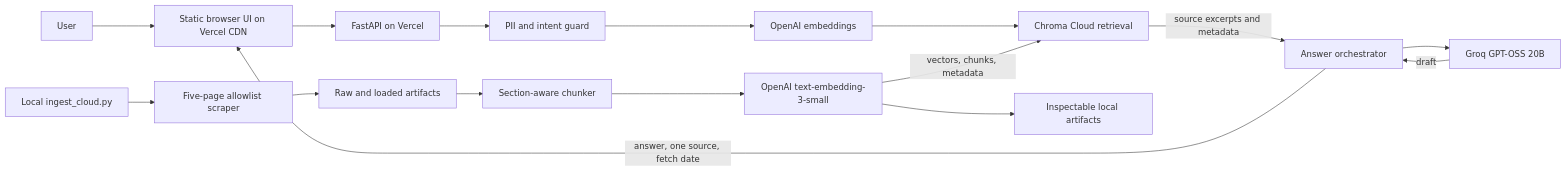
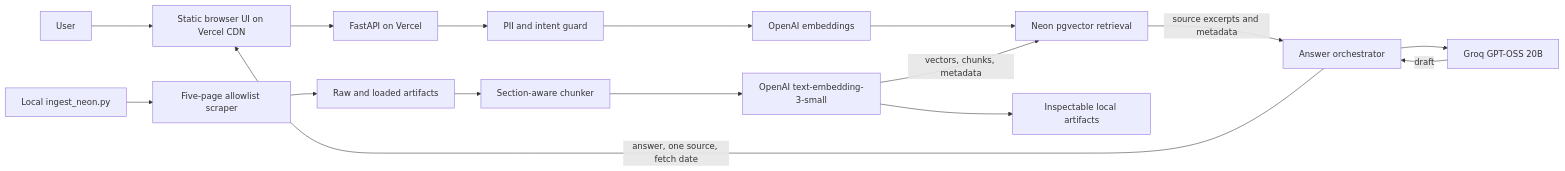
Before and after one commit to diyachokshi25-dot/Growfolio: the diagram in architecture.md, drawn with Mermaid. The commit also changed other lines of this file and 12 other files, not shown here.

````diff
--- a/architecture.md
+++ b/architecture.md
@@ -24,18 +24,18 @@
 ```mermaid
 flowchart LR
     U[User] --> UI[Static browser UI on Vercel CDN]
     UI --> API[FastAPI on Vercel]
     API --> Guard[PII and intent guard]
     Guard --> Embed[OpenAI embeddings]
-    Embed --> Search[Chroma Cloud retrieval]
+    Embed --> Search[Neon pgvector retrieval]
     Search -->|source excerpts and metadata| Answer[Answer orchestrator]
     Answer --> LLM[Groq GPT-OSS 20B]
     LLM -->|draft| Answer
     Answer -->|answer, one source, fetch date| UI
-    Ingest[Local ingest_cloud.py] --> Fetch[Five-page allowlist scraper]
+    Ingest[Local ingest_neon.py] --> Fetch[Five-page allowlist scraper]
     Fetch --> Raw[Raw and loaded artifacts]
     Raw --> Chunk[Section-aware chunker]
     Chunk --> Embeddings[OpenAI text-embedding-3-small]
     Embeddings --> Artifacts[Inspectable local artifacts]
     Embeddings -->|vectors, chunks, metadata| Search
 ```
````
